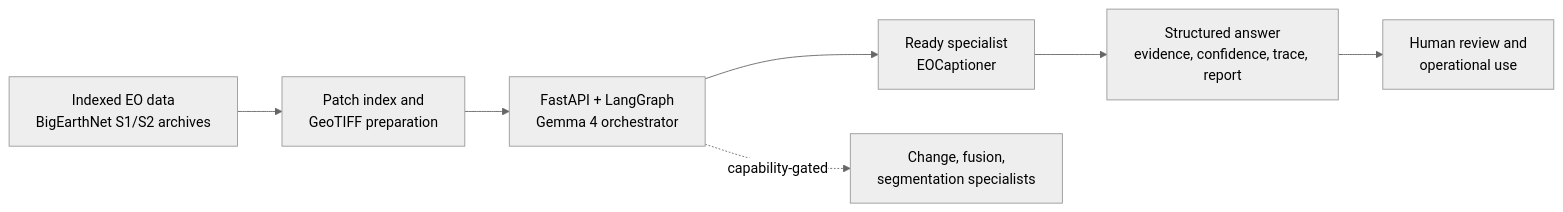
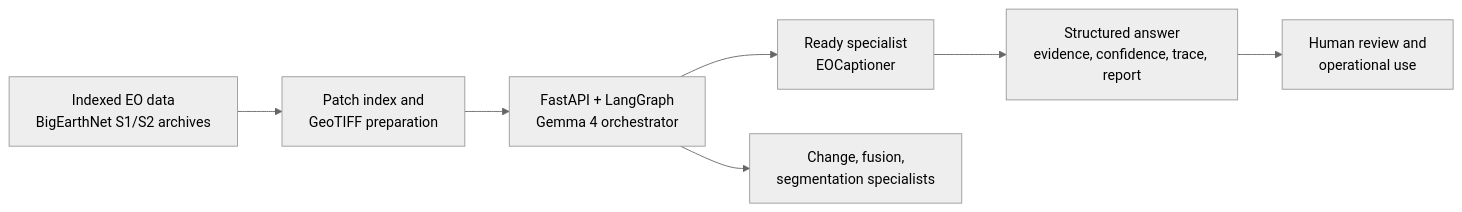
Before and after one commit to Siddh-2006/SatQuery_AI: the first of 3 diagrams in docs/07-feasibility-viability.md, drawn with Mermaid (neutral theme). The commit also changed other lines of this file and 8 other files, not shown here.

````diff
--- a/docs/07-feasibility-viability.md
+++ b/docs/07-feasibility-viability.md
@@ -18,9 +16,9 @@
 ```mermaid
 flowchart LR
 		Data[Indexed EO data\nBigEarthNet S1/S2 archives] --> Prep[Patch index and\nGeoTIFF preparation]
 		Prep --> Orch[FastAPI + LangGraph\nGemma 4 orchestrator]
 		Orch --> Ready[Ready specialist\nEOCaptioner]
-		Orch -. capability-gated .-> Future[Change, fusion,\nsegmentation specialists]
+		Orch --> Specialists[Change, fusion,\nsegmentation specialists]
 		Ready --> Output[Structured answer\nevidence, confidence, trace, report]
 		Output --> Review[Human review and\noperational use]
 ```
````
